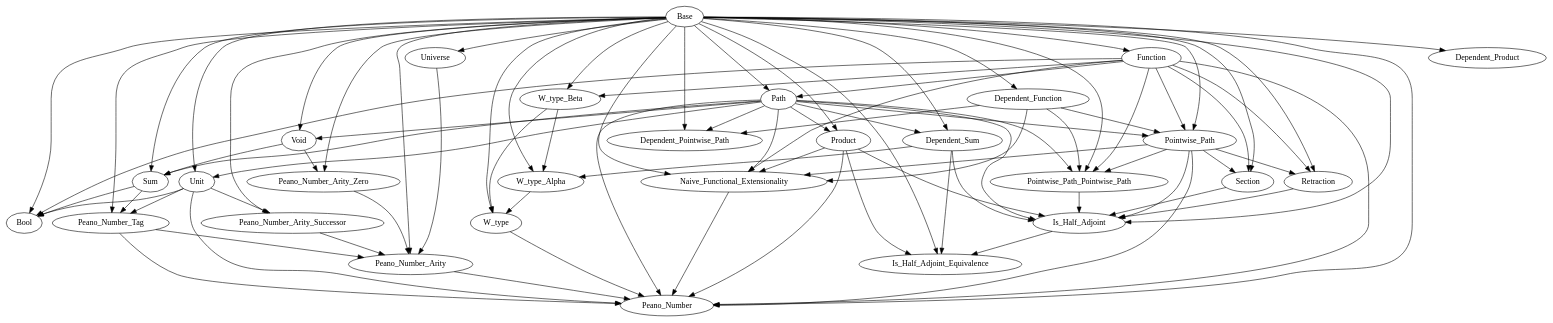
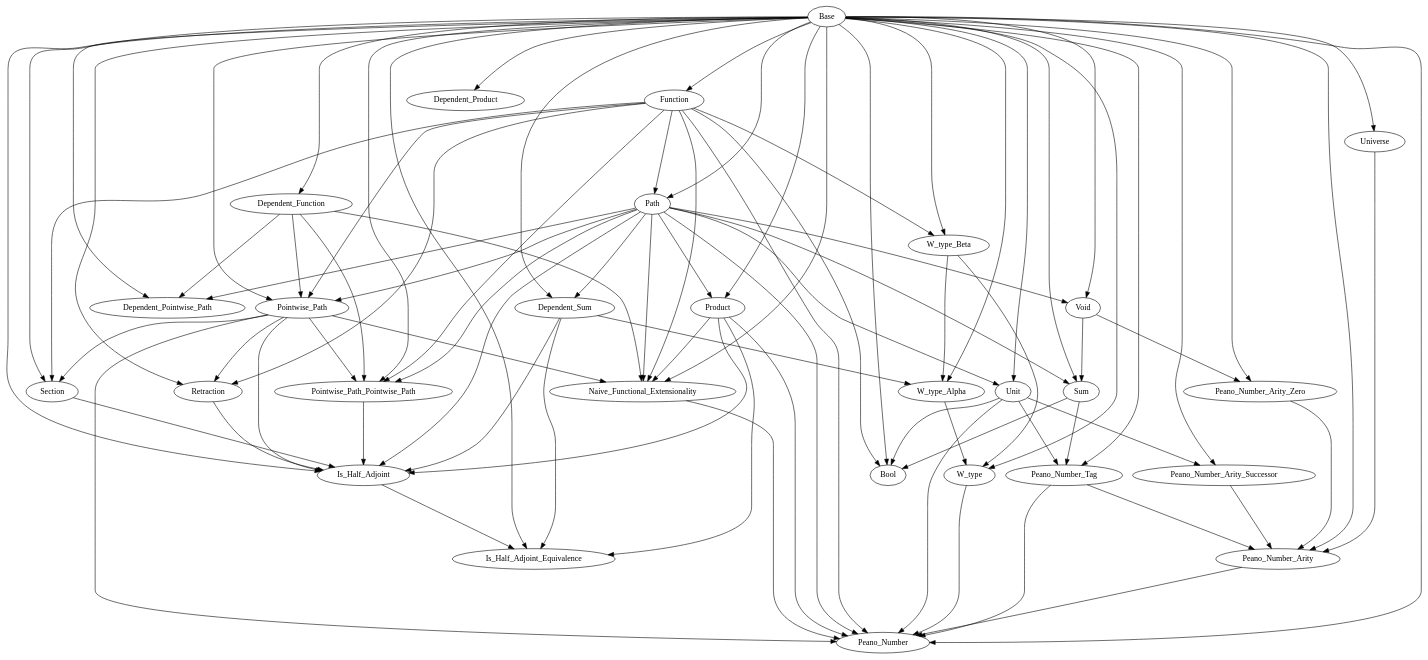
One commit to Hexirp/googology-in-coq changed the diagram in libraries/dependencies.gv. Above: the diagram before and after it, drawn with Graphviz.

Commit message:
Update: 適度な隙間が空くようにしてモジュールマップが見やすいようにする
参考: https://stackoverflow.com/questions/11283701/how-to-specify-the-length-of-an-edge-in-graphviz

neato と fdp では len を使うけど、 dot では minlen を使うらしい。

```diff
--- a/libraries/dependencies.gv
+++ b/libraries/dependencies.gv
@@ -1,117 +1,119 @@
 digraph Dependencies {
+  edge [ minlen = 3 ];
+
   # Base
   # Dependent_Function
   "Base" -> "Dependent_Function";
   # Function
   "Base" -> "Function";
   # Path
   "Base" -> "Path";
   "Function" -> "Path";
   # Void
   "Base" -> "Void";
   "Path" -> "Void";
   # Unit
   "Base" -> "Unit";
   "Path" -> "Unit";
   # Sum
   "Base" -> "Sum";
   "Path" -> "Sum";
   "Void" -> "Sum";
   # Product
   "Base" -> "Product";
   "Path" -> "Product";
   # Dependent_Sum
   "Base" -> "Dependent_Sum";
   "Path" -> "Dependent_Sum";
   # Dependent_Product
   "Base" -> "Dependent_Product";
   # W_type_Beta
   "Base" -> "W_type_Beta";
   "Function" -> "W_type_Beta";
   # W_type_Alpha
   "Base" -> "W_type_Alpha";
   "Dependent_Sum" -> "W_type_Alpha";
   "W_type_Beta" -> "W_type_Alpha";
   # W_type
   "Base" -> "W_type";
   "W_type_Alpha" -> "W_type";
   "W_type_Beta" -> "W_type";
   # Universe
   "Base" -> "Universe";
   # Dependent_Pointwise_Path
   "Base" -> "Dependent_Pointwise_Path";
   "Dependent_Function" -> "Dependent_Pointwise_Path";
   "Path" -> "Dependent_Pointwise_Path";
   # Pointwise_Path
   "Base" -> "Pointwise_Path";
   "Dependent_Function" -> "Pointwise_Path";
   "Function" -> "Pointwise_Path";
   "Path" -> "Pointwise_Path";
   # Pointwise_Path_Pointwise_Path
   "Base" -> "Pointwise_Path_Pointwise_Path";
   "Dependent_Function" -> "Pointwise_Path_Pointwise_Path";
   "Function" -> "Pointwise_Path_Pointwise_Path";
   "Path" -> "Pointwise_Path_Pointwise_Path";
   "Pointwise_Path" -> "Pointwise_Path_Pointwise_Path";
   # Section
   "Base" -> "Section";
   "Function" -> "Section";
   "Pointwise_Path" -> "Section";
   # Retraction
   "Base" -> "Retraction";
   "Function" -> "Retraction";
   "Pointwise_Path" -> "Retraction";
   # Is_Half_Adjoint
   "Base" -> "Is_Half_Adjoint";
   "Dependent_Sum" -> "Is_Half_Adjoint";
   "Product" -> "Is_Half_Adjoint";
   "Path" -> "Is_Half_Adjoint";
   "Pointwise_Path" -> "Is_Half_Adjoint";
   "Pointwise_Path_Pointwise_Path" -> "Is_Half_Adjoint";
   "Section" -> "Is_Half_Adjoint";
   "Retraction" -> "Is_Half_Adjoint";
   # Is_Half_Adjoint_Equivalence
   "Base" -> "Is_Half_Adjoint_Equivalence";
   "Dependent_Sum" -> "Is_Half_Adjoint_Equivalence";
   "Product" -> "Is_Half_Adjoint_Equivalence";
   "Is_Half_Adjoint" -> "Is_Half_Adjoint_Equivalence";
   # Naive_Functional_Extensionality
   "Base" -> "Naive_Functional_Extensionality";
   "Dependent_Function" -> "Naive_Functional_Extensionality";
   "Function" -> "Naive_Functional_Extensionality";
   "Product" -> "Naive_Functional_Extensionality";
   "Path" -> "Naive_Functional_Extensionality";
   "Pointwise_Path" -> "Naive_Functional_Extensionality";
   # Bool
   "Base" -> "Bool";
   "Function" -> "Bool";
   "Sum" -> "Bool";
   "Unit" -> "Bool";
   # Peano_Number_Tag
   "Base" -> "Peano_Number_Tag";
   "Sum" -> "Peano_Number_Tag";
   "Unit" -> "Peano_Number_Tag";
   # Peano_Number_Arity_Zero
   "Base" -> "Peano_Number_Arity_Zero";
   "Void" -> "Peano_Number_Arity_Zero";
   # Peano_Number_Arity_Successor
   "Base" -> "Peano_Number_Arity_Successor";
   "Unit" -> "Peano_Number_Arity_Successor";
   # Peano_Number_Arity
   "Base" -> "Peano_Number_Arity";
   "Universe" -> "Peano_Number_Arity";
   "Peano_Number_Tag" -> "Peano_Number_Arity";
   "Peano_Number_Arity_Zero" -> "Peano_Number_Arity";
   "Peano_Number_Arity_Successor" -> "Peano_Number_Arity";
   # Peano_Number
   "Base" -> "Peano_Number";
   "Function" -> "Peano_Number";
   "Product" -> "Peano_Number";
   "Unit" -> "Peano_Number";
   "W_type" -> "Peano_Number";
   "Path" -> "Peano_Number";
   "Pointwise_Path" -> "Peano_Number";
   "Naive_Functional_Extensionality" -> "Peano_Number";
   "Peano_Number_Tag" -> "Peano_Number";
   "Peano_Number_Arity" -> "Peano_Number";
 }
```
